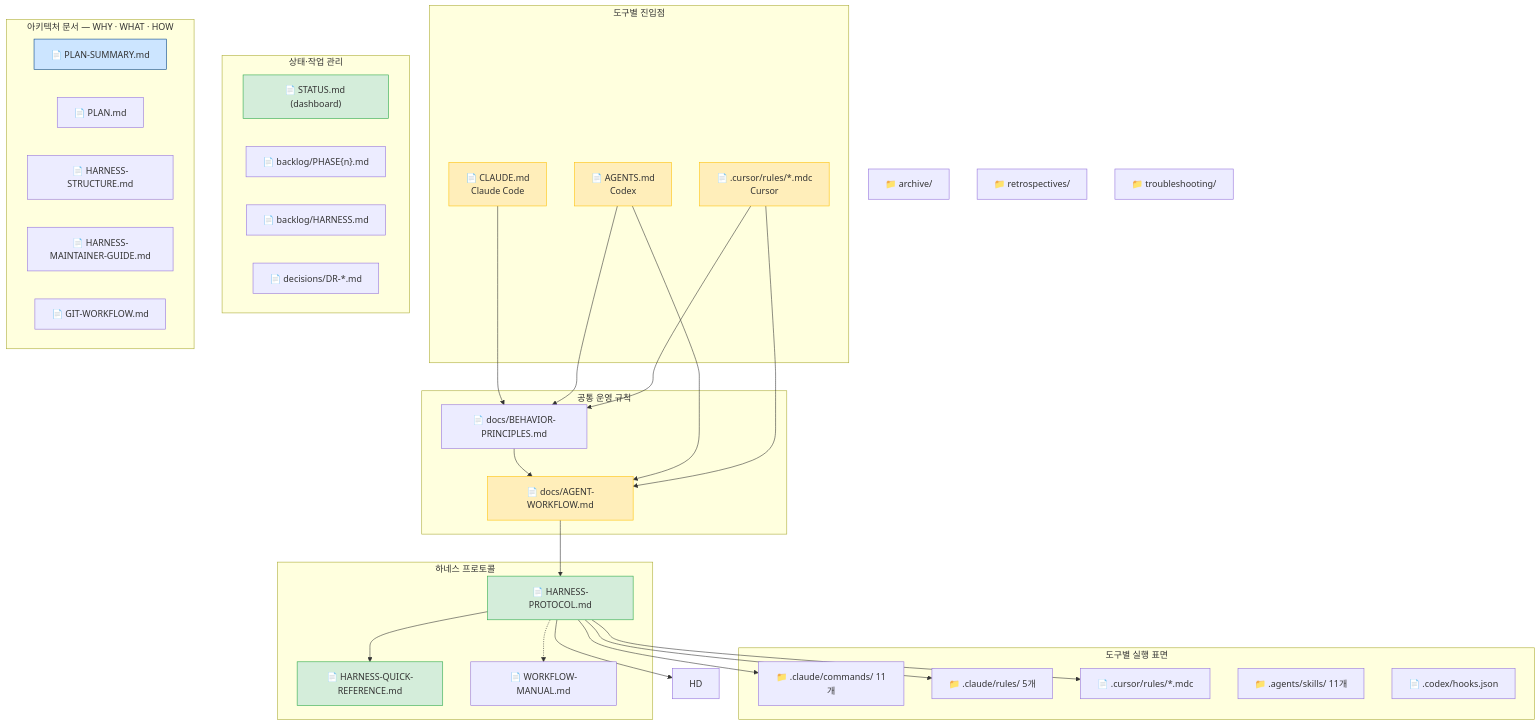
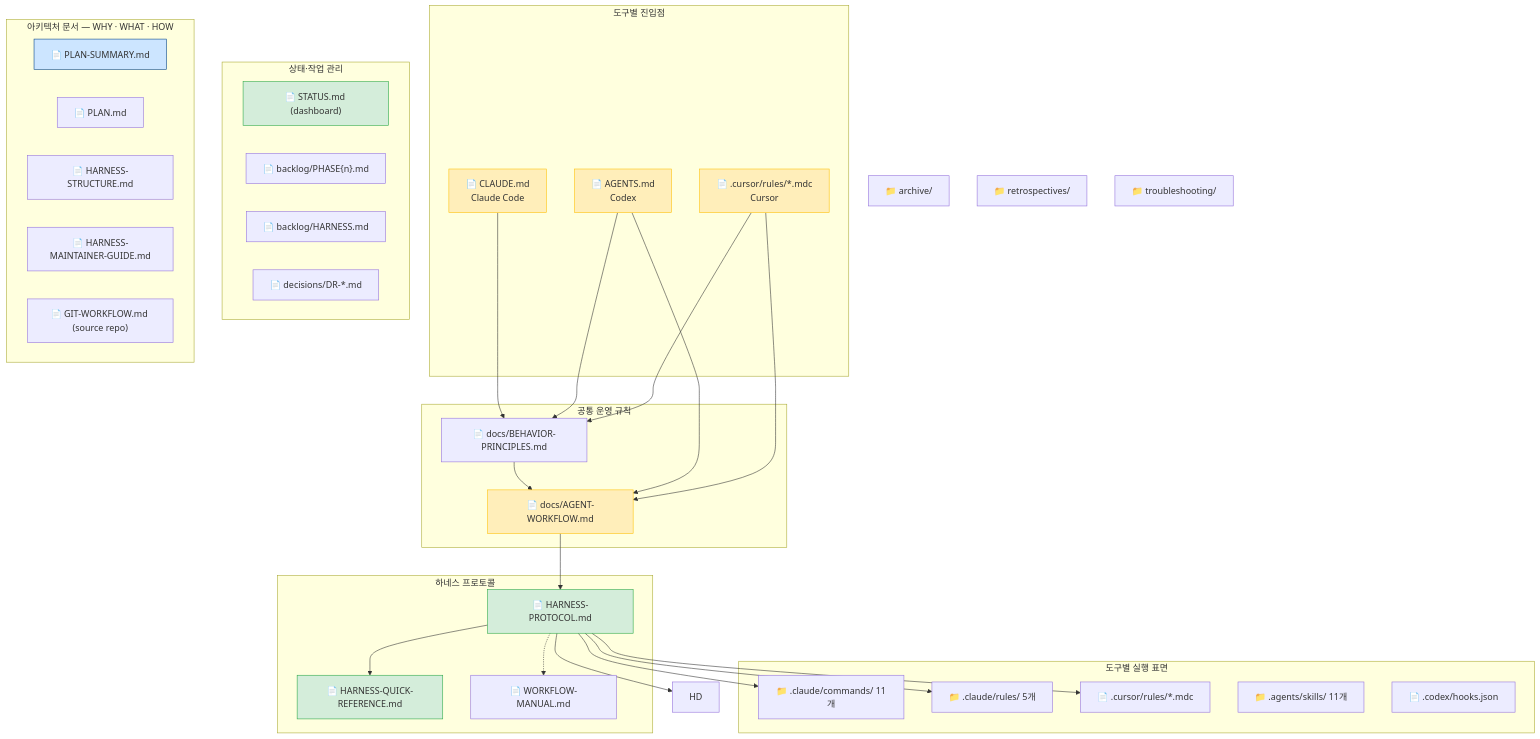
One commit to kyungseo/ai-workflow-harness changed the fifth of 14 diagrams in docs/WORKFLOW-MANUAL.md. Above: the diagram before and after it, drawn with Mermaid. The commit also changed other lines of this file and 9 other files, not shown here.

First line of the commit message:
fix: scaffold source/product 경계 보정 — GIT-WORKFLOW 조건부 참조, 치환 오기, install 안내 제거

````diff
--- a/docs/WORKFLOW-MANUAL.md
+++ b/docs/WORKFLOW-MANUAL.md
@@ -219,68 +219,68 @@
 ```mermaid
 graph TD
     subgraph ENTRY ["도구별 진입점"]
         CR["📄 CLAUDE.md\nClaude Code"]
         AG["📄 AGENTS.md\nCodex"]
         CU["📄 .cursor/rules/*.mdc\nCursor"]
     end
 
     subgraph SHARED ["공통 운영 규칙"]
         BP["📄 docs/BEHAVIOR-PRINCIPLES.md"]
         CD["📄 docs/AGENT-WORKFLOW.md"]
     end
 
     subgraph HARNESS ["하네스 프로토콜"]
         HP["📄 HARNESS-PROTOCOL.md"]
         HQ["📄 HARNESS-QUICK-REFERENCE.md"]
         WM["📄 WORKFLOW-MANUAL.md"]
     end
 
     subgraph TOOLS ["도구별 실행 표면"]
         CMD["📁 .claude/commands/ 11개"]
         RULE["📁 .claude/rules/ 5개"]
         CUR_R["📄 .cursor/rules/*.mdc"]
         SKILLS["📁 .agents/skills/ 11개"]
         HOOKS["📄 .codex/hooks.json"]
     end
 
     subgraph LIVE ["상태·작업 관리"]
         ST["📄 STATUS.md (dashboard)"]
         BL["📄 backlog/PHASE{n}.md"]
         HB["📄 backlog/HARNESS.md"]
         DR_N["📄 decisions/DR-*.md"]
     end
 
     subgraph ADOCS ["아키텍처 문서 — WHY · WHAT · HOW"]
         PS["📄 PLAN-SUMMARY.md"]
         PL["📄 PLAN.md"]
         AR["📄 HARNESS-STRUCTURE.md"]
         DG["📄 HARNESS-MAINTAINER-GUIDE.md"]
-        GW["📄 GIT-WORKFLOW.md"]
+        GW["📄 GIT-WORKFLOW.md (source repo)"]
     end
 
     ARC2["📁 archive/"]
     RETRO2["📁 retrospectives/"]
     TROUBLE2["📁 troubleshooting/"]
 
     CR --> BP --> CD
     AG --> BP
     AG --> CD
     CU --> BP
     CU --> CD
     CD --> HP
     HP --> HQ
     HP --> HD
     HP --> CMD
     HP --> RULE
     HP --> CUR_R
     HP -.-> WM
 
     style CR fill:#ffeeba,stroke:#ffc107
     style AG fill:#ffeeba,stroke:#ffc107
     style CU fill:#ffeeba,stroke:#ffc107
     style CD fill:#ffeeba,stroke:#ffc107
     style ST fill:#d4edda,stroke:#28a745
     style HP fill:#d4edda,stroke:#28a745
     style HQ fill:#d4edda,stroke:#28a745
     style PS fill:#cce5ff,stroke:#004085
 ```
````
